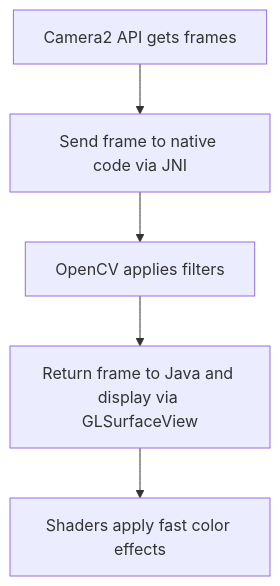
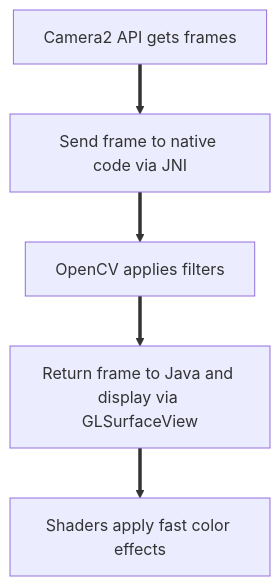
One commit to ughrima/VisionX changed the diagram in README.md. Above: the diagram before and after it, drawn with Mermaid. The commit also changed other lines of this file, not shown here.

````diff
--- a/README.md
+++ b/README.md
@@ -50,8 +54,8 @@
 ```mermaid
 graph TD;
-A[Camera2 API gets frames] --> B[Send frame to native code via JNI]
-B --> C[OpenCV applies filters]
-C --> D[Return frame to Java and display via GLSurfaceView]
-D --> E[Shaders apply fast color effects]
+A[Camera2 API gets frames] ==> B[Send frame to native code via JNI]
+B  ==> C[OpenCV applies filters]
+C ==>  D[Return frame to Java and display via GLSurfaceView]
+D ==>  E[Shaders apply fast color effects]
 
 ```
````
